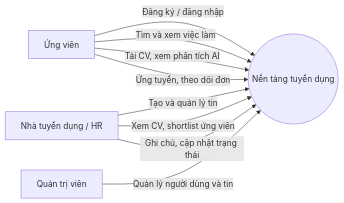
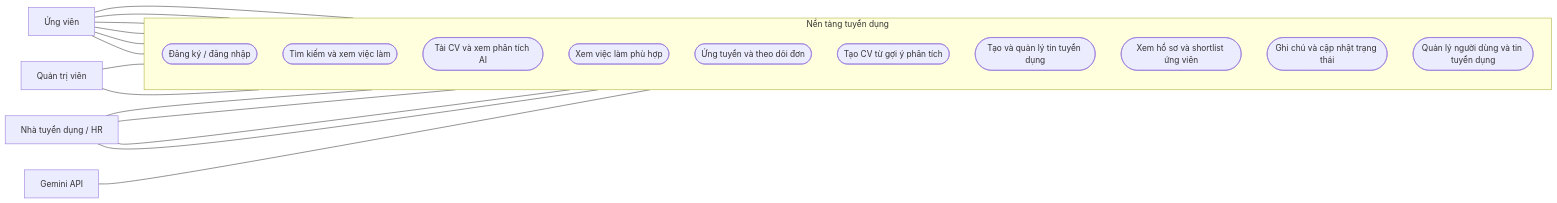
One commit to GiaHuy0507/-n-t-t-nghi-p changed the first of 5 diagrams in BAO_CAO_DO_AN.md. Above: the diagram before and after it, drawn with Mermaid. The commit also changed other lines of this file, not shown here.

````diff
--- a/BAO_CAO_DO_AN.md
+++ b/BAO_CAO_DO_AN.md
@@ -229,15 +257,35 @@
 ```mermaid
 flowchart LR
   C[Ứng viên]
   H[Nhà tuyển dụng / HR]
   A[Quản trị viên]
-  S((Nền tảng tuyển dụng))
-  C -->|Đăng ký / đăng nhập| S
-  C -->|Tìm và xem việc làm| S
-  C -->|Tải CV, xem phân tích AI| S
-  C -->|Ứng tuyển, theo dõi đơn| S
-  H -->|Tạo và quản lý tin| S
-  H -->|Xem CV, shortlist ứng viên| S
-  H -->|Ghi chú, cập nhật trạng thái| S
-  A -->|Quản lý người dùng và tin| S
+  G[Gemini API]
+
+  subgraph SYS["Nền tảng tuyển dụng"]
+    direction TB
+    UC1([Đăng ký / đăng nhập])
+    UC2([Tìm kiếm và xem việc làm])
+    UC3([Tải CV và xem phân tích AI])
+    UC4([Xem việc làm phù hợp])
+    UC5([Ứng tuyển và theo dõi đơn])
+    UC10([Tạo CV từ gợi ý phân tích])
+    UC6([Tạo và quản lý tin tuyển dụng])
+    UC7([Xem hồ sơ và shortlist ứng viên])
+    UC8([Ghi chú và cập nhật trạng thái])
+    UC9([Quản lý người dùng và tin tuyển dụng])
+  end
+
+  C --- UC1
+  H --- UC1
+  A --- UC1
+  C --- UC2
+  C --- UC3
+  C --- UC4
+  C --- UC5
+  C --- UC10
+  H --- UC6
+  H --- UC7
+  H --- UC8
+  A --- UC9
+  G --- UC3
 ```
````
